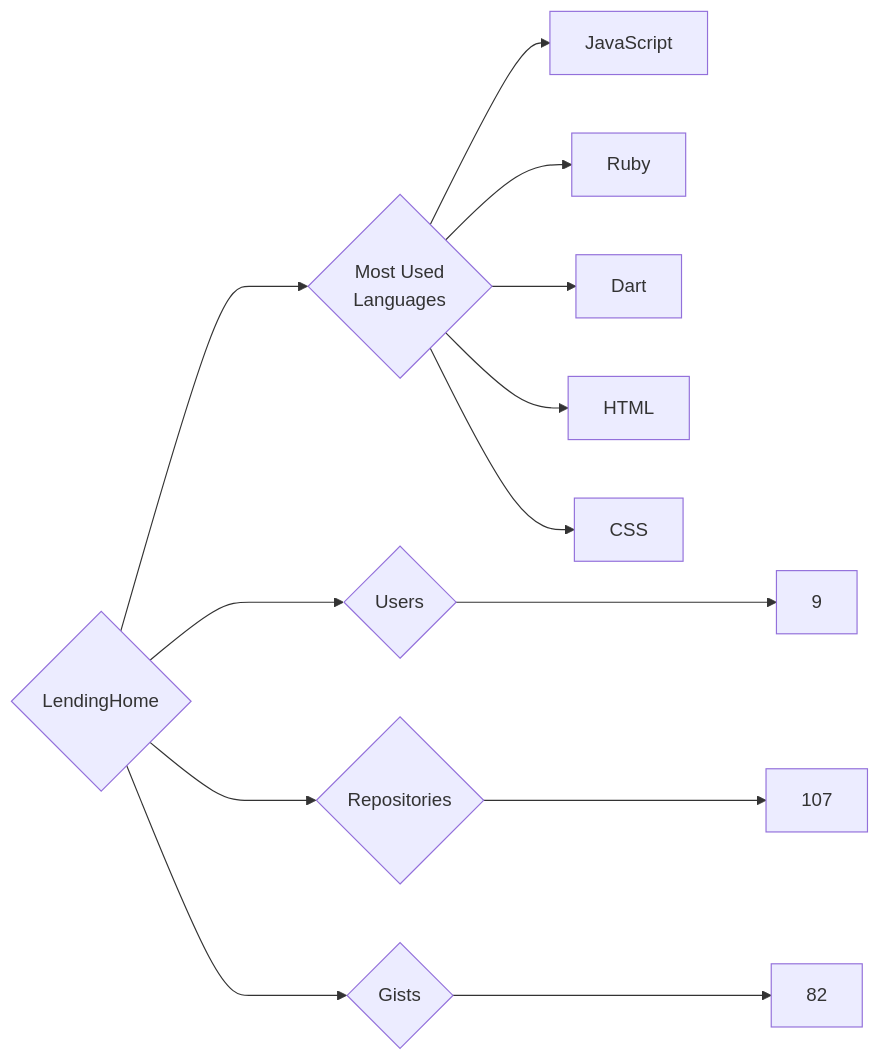
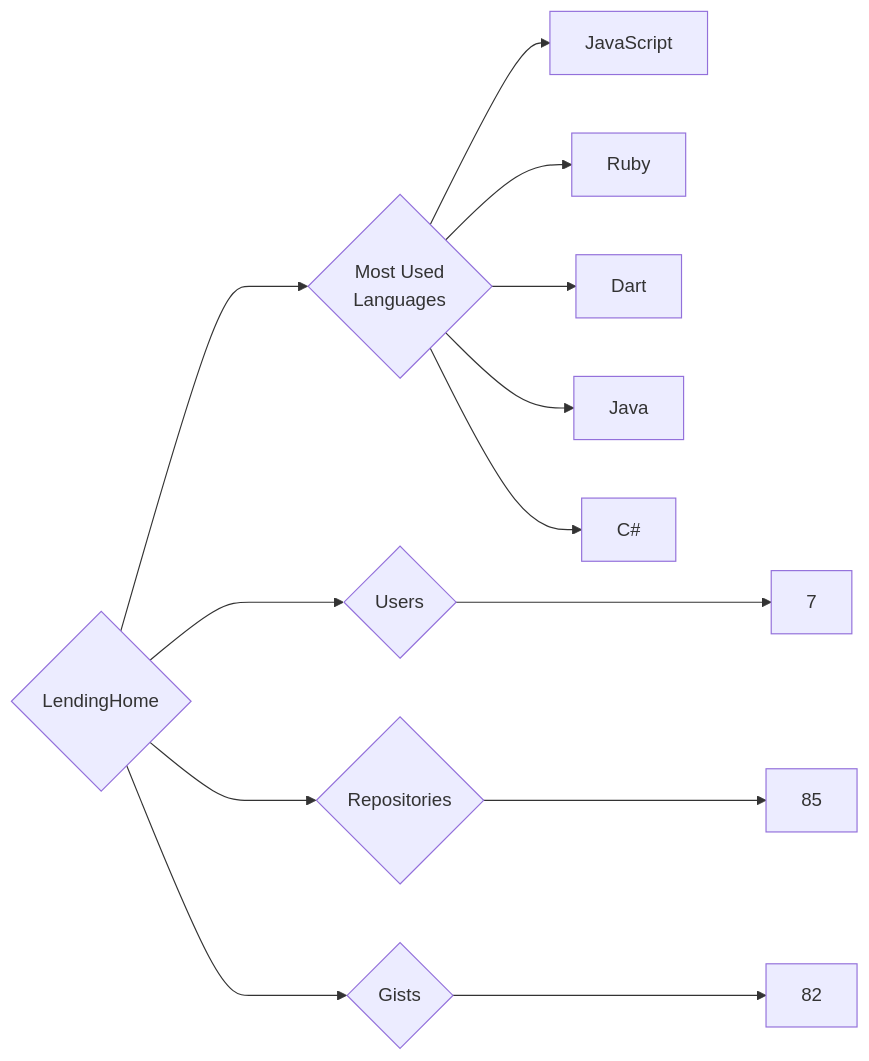
Before and after one commit to trickest/insiders: the diagram in targets/LendingHome/README.md, drawn with Mermaid. The commit also changed 874 other files, not shown here.

````diff
--- a/targets/LendingHome/README.md
+++ b/targets/LendingHome/README.md
@@ -3,13 +3,13 @@
 ```mermaid
 graph LR
 COMPANY_NAME{LendingHome}
-COMPANY_NAME ---> U{Users} ---> UN[9]
-COMPANY_NAME ---> R{Repositories} ---> RN[107]
+COMPANY_NAME ---> U{Users} ---> UN[7]
+COMPANY_NAME ---> R{Repositories} ---> RN[85]
 COMPANY_NAME ---> G{Gists} ---> GN[82]
 COMPANY_NAME ---> ML{Most Used<br>Languages}
 ML --> JavaScript[JavaScript]
 ML --> Ruby[Ruby]
 ML --> Dart[Dart]
-ML --> HTML[HTML]
-ML --> CSS[CSS]
+ML --> Java[Java]
+ML --> C#[C#]
 ```
````
